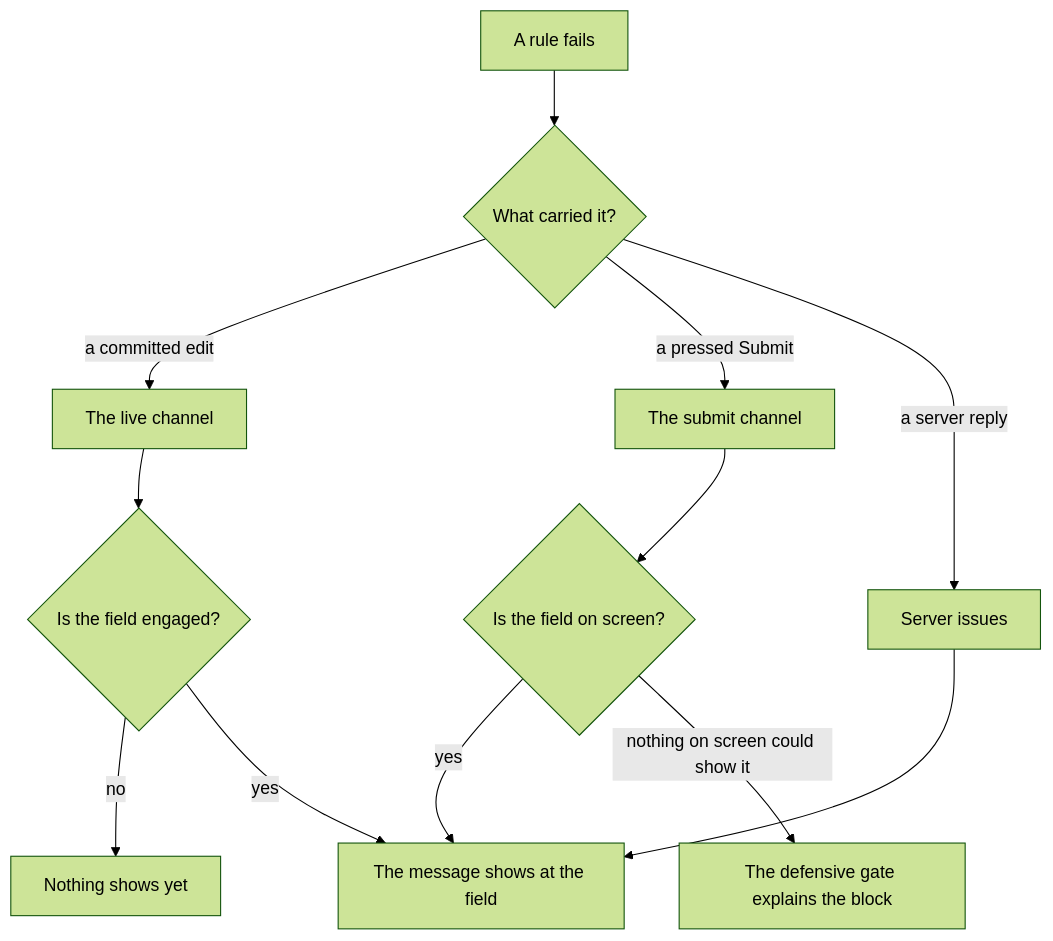
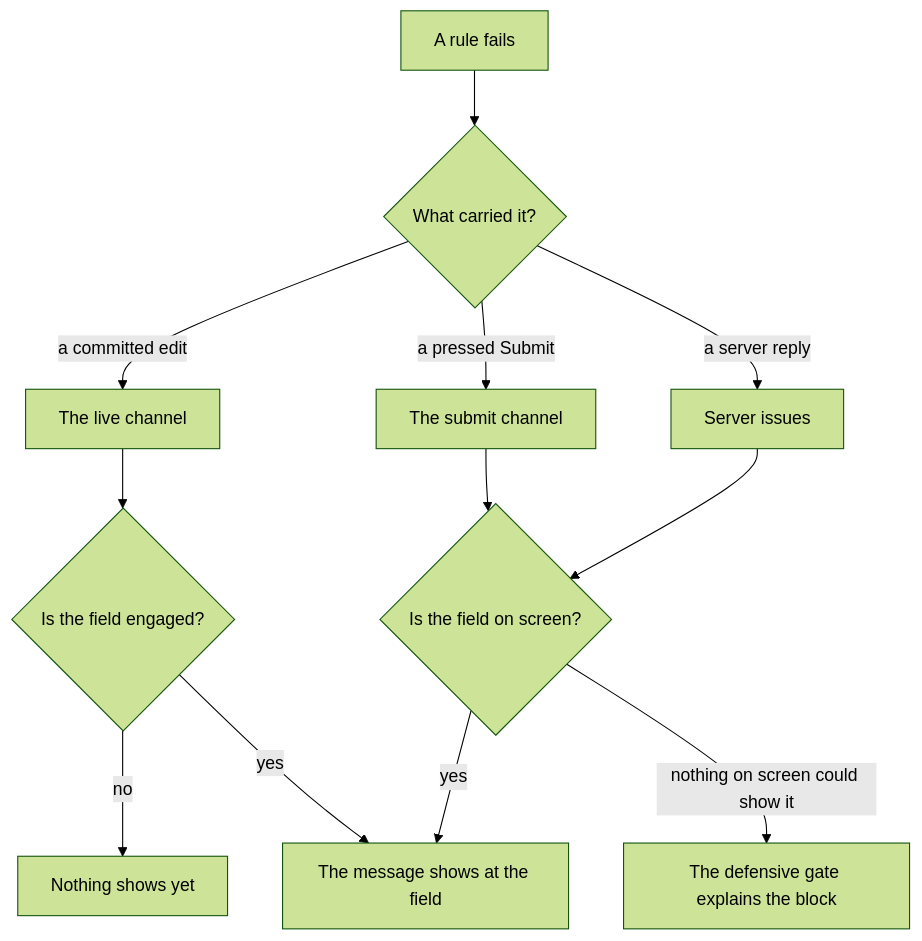
The diagram in docs/disclosure.md (xfunc-pty-ltd/formidable), drawn with Mermaid (forest theme) before and after one commit. The commit also changed other lines of this file and 16 other files, not shown here.

````diff
--- a/docs/disclosure.md
+++ b/docs/disclosure.md
@@ -21,17 +21,17 @@
 ```mermaid
 flowchart TD
     A["A rule fails"] --> B{"What carried it?"}
     B -- "a committed edit" --> L["The live channel"]
     B -- "a pressed Submit" --> S["The submit channel"]
     B -- "a server reply" --> V["Server issues"]
     L --> E{"Is the field engaged?"}
     E -- "no" --> QUIET["Nothing shows yet"]
     E -- "yes" --> SHOW["The message shows at the field"]
     S --> R{"Is the field on screen?"}
     R -- "yes" --> SHOW
     R -- "nothing on screen could show it" --> G["The defensive gate explains the block"]
-    V --> SHOW
+    V --> R
     %% An invisible link holds the live branch left of the submit branch, which keeps the
     %% columns in the order the prose introduces them.
     L ~~~ R
 ```
````
